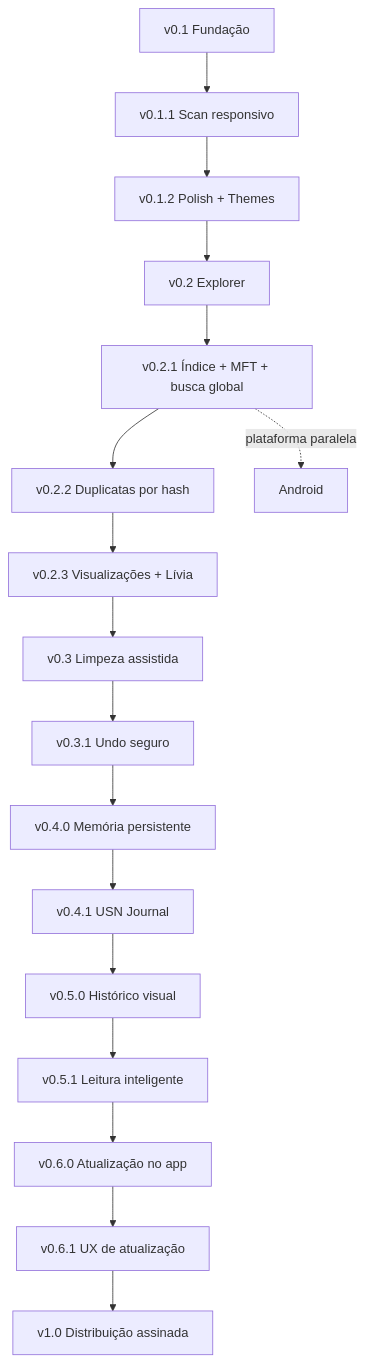
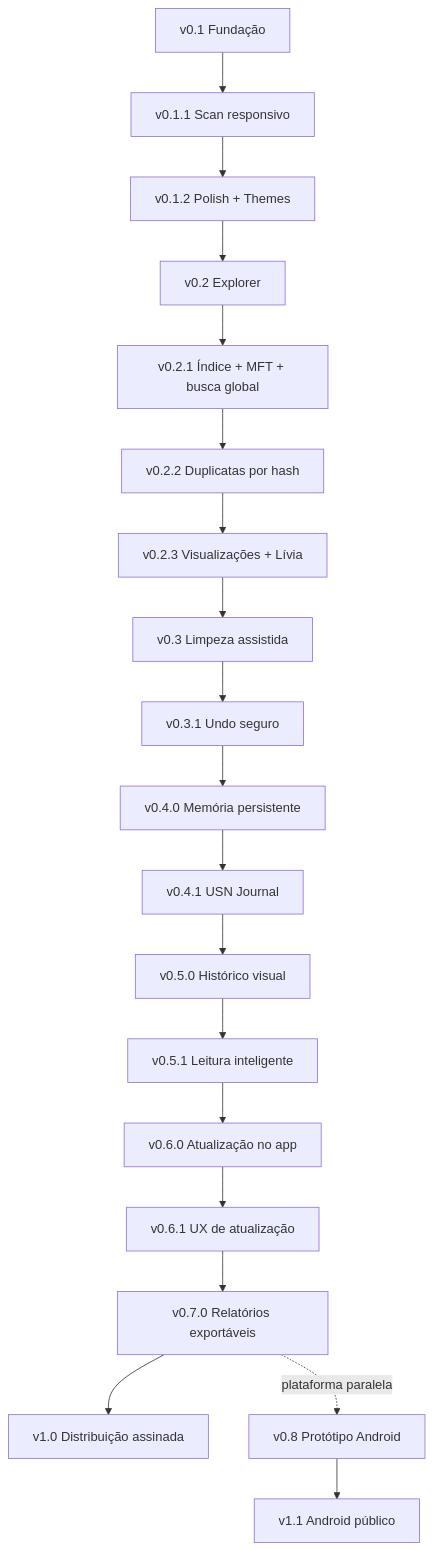
Before and after one commit to tombemol/L.I.V.I.A: diagram 11 of 11 in README.md, drawn with Mermaid. The commit also changed other lines of this file and 10 other files, not shown here.

First line of the commit message:
L.I.V.I.A. v0.7.0 — relatórios exportáveis

````diff
--- a/README.md
+++ b/README.md
@@ -537,19 +554,21 @@
 ```mermaid
 flowchart TD
     A[v0.1 Fundação] --> B[v0.1.1 Scan responsivo]
     B --> C[v0.1.2 Polish + Themes]
     C --> D[v0.2 Explorer]
     D --> E[v0.2.1 Índice + MFT + busca global]
     E --> F[v0.2.2 Duplicatas por hash]
     F --> V[v0.2.3 Visualizações + Lívia]
     V --> G[v0.3 Limpeza assistida]
     G --> U[v0.3.1 Undo seguro]
     U --> M[v0.4.0 Memória persistente]
     M --> H[v0.4.1 USN Journal]
     H --> V5[v0.5.0 Histórico visual]
     V5 --> V51[v0.5.1 Leitura inteligente]
     V51 --> V6[v0.6.0 Atualização no app]
     V6 --> V61[v0.6.1 UX de atualização]
-    V61 --> I[v1.0 Distribuição assinada]
-    E -. plataforma paralela .-> J[Android]
+    V61 --> V7[v0.7.0 Relatórios exportáveis]
+    V7 --> I[v1.0 Distribuição assinada]
+    V7 -. plataforma paralela .-> V8[v0.8 Protótipo Android]
+    V8 --> V11[v1.1 Android público]
 ```
````
